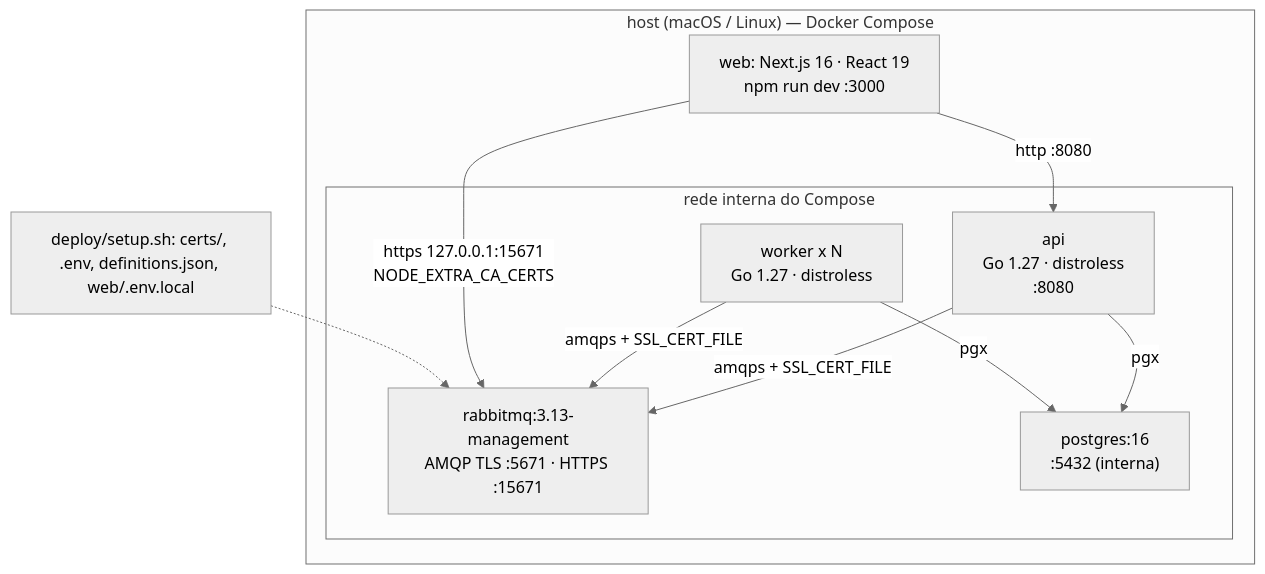
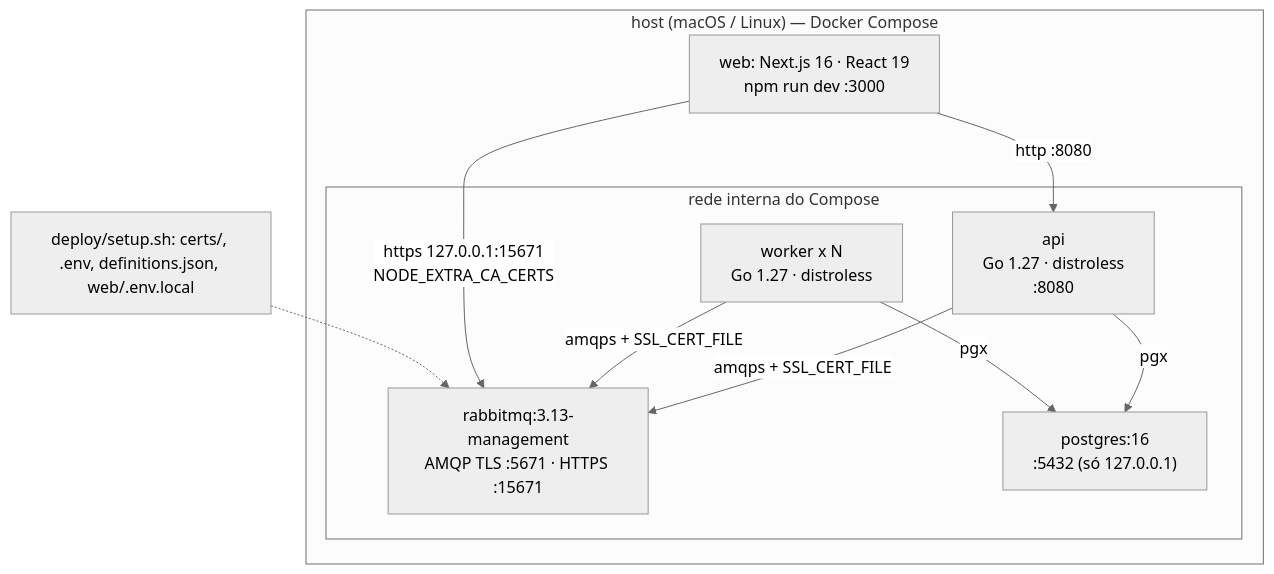
Before and after one commit to NicolasPaterno/message-queue-ecommerce: the diagram in docs/etapa5.md, drawn with Mermaid (neutral theme). The commit also changed 2 other files, not shown here.

Commit message:
docs: postgres port on localhost

````diff
--- a/docs/etapa5.md
+++ b/docs/etapa5.md
@@ -32,19 +32,19 @@
 ```mermaid
 flowchart TB
     subgraph H["host (macOS / Linux) — Docker Compose"]
         subgraph N["rede interna do Compose"]
             API["api<br/>Go 1.27 · distroless<br/>:8080"]
             WK["worker x N<br/>Go 1.27 · distroless"]
             RMQ["rabbitmq:3.13-management<br/>AMQP TLS :5671 · HTTPS :15671"]
-            PG["postgres:16<br/>:5432 (interna)"]
+            PG["postgres:16<br/>:5432 (só 127.0.0.1)"]
         end
         WEB["web: Next.js 16 · React 19<br/>npm run dev :3000"]
     end
     API -->|"amqps + SSL_CERT_FILE"| RMQ
     WK -->|"amqps + SSL_CERT_FILE"| RMQ
     API -->|pgx| PG
     WK -->|pgx| PG
     WEB -->|"https 127.0.0.1:15671<br/>NODE_EXTRA_CA_CERTS"| RMQ
     WEB -->|"http :8080"| API
     S["deploy/setup.sh: certs/, .env, definitions.json, web/.env.local"] -.-> RMQ
 ```
````
